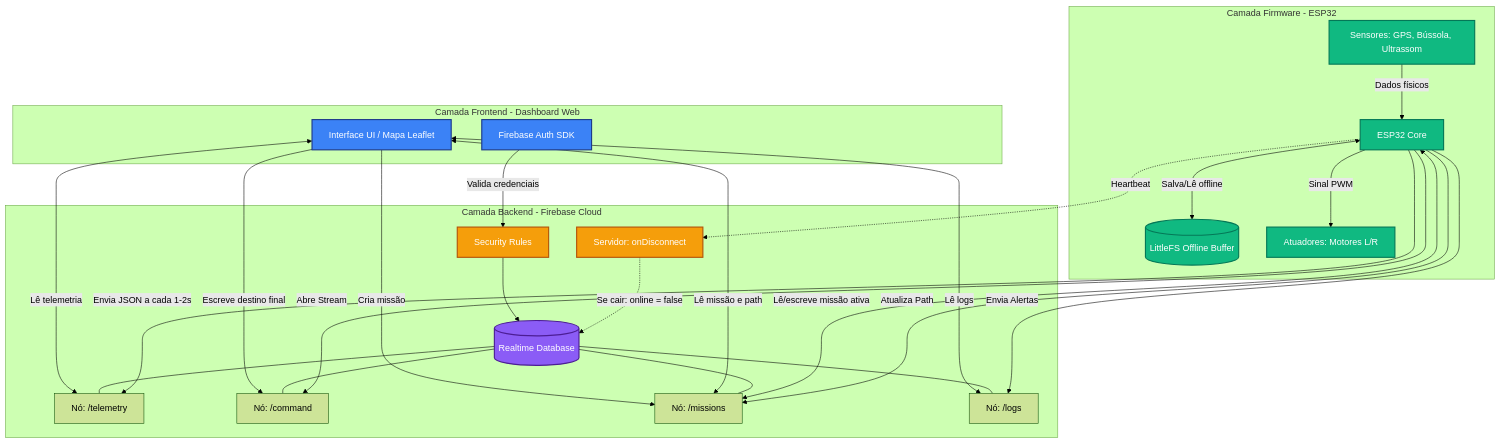
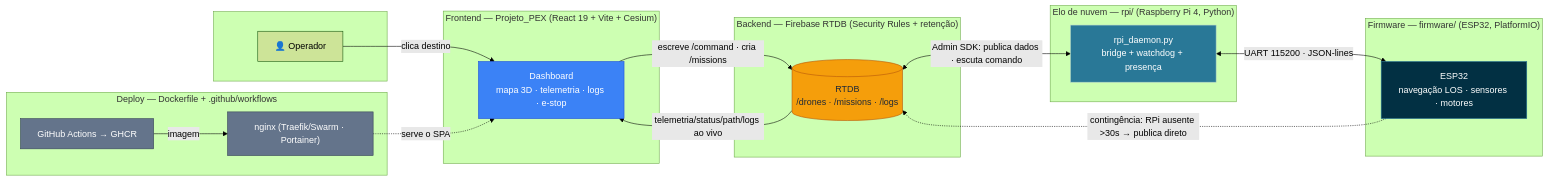
One commit to Vandrekad/aruatech changed the diagram in README.md. Above: the diagram before and after it, drawn with Mermaid (forest theme). The commit also changed other lines of this file and 27 other files, not shown here.

Commit message:
feat: add firmware modules, Raspberry Pi daemon service, and Project PEX infrastructure

````diff
--- a/README.md
+++ b/README.md
@@ -102,59 +69,43 @@
 ```mermaid
-graph TD
-    %% Estilização
-    classDef frontend fill:#3b82f6,stroke:#1e3a8a,stroke-width:2px,color:#fff;
-    classDef backend fill:#f59e0b,stroke:#b45309,stroke-width:2px,color:#fff;
-    classDef firmware fill:#10b981,stroke:#047857,stroke-width:2px,color:#fff;
-    classDef db fill:#8b5cf6,stroke:#4c1d95,stroke-width:2px,color:#fff;
-
-    subgraph Front [Camada Frontend - Dashboard Web]
-        UI[Interface UI / Mapa Leaflet]:::frontend
-        Auth[Firebase Auth SDK]:::frontend
+flowchart LR
+    subgraph OP[" "]
+        operador["👤 Operador"]
     end
 
-    subgraph Cloud [Camada Backend - Firebase Cloud]
-        RTDB[(Realtime Database)]:::db
-        Rules[Security Rules]:::backend
-        StatusServer[Servidor: onDisconnect]:::backend
-        
-        %% Nós do RTDB
-        node_tele[Nó: /telemetry]
-        node_cmd[Nó: /command]
-        node_miss[Nó: /missions]
-        node_log[Nó: /logs]
+    subgraph FE["Frontend — Projeto_PEX (React 19 + Vite + Cesium)"]
+        dash["Dashboard\nmapa 3D · telemetria · logs · e-stop"]
     end
 
-    subgraph Hard [Camada Firmware - ESP32]
-        ESP[ESP32 Core]:::firmware
-        LittleFS[(LittleFS Offline Buffer)]:::firmware
-        Sensors[Sensores: GPS, Bússola, Ultrassom]:::firmware
-        Motors[Atuadores: Motores L/R]:::firmware
+    subgraph CLOUD["Backend — Firebase RTDB (Security Rules + retenção)"]
+        rtdb[("RTDB\n/drones · /missions · /logs")]
     end
 
-    %% Conexões Frontend -> Cloud
-    Auth -->|Valida credenciais| Rules
-    UI -->|Escreve destino final| node_cmd
-    UI -->|Cria missão| node_miss
-    UI <-->|Lê telemetria| node_tele
-    UI <-->|Lê missão e path| node_miss
-    UI <-->|Lê logs| node_log
+    subgraph EDGE["Elo de nuvem — rpi/ (Raspberry Pi 4, Python)"]
+        daemon["rpi_daemon.py\nbridge + watchdog + presença"]
+    end
 
-    %% Organização interna Cloud
-    Rules --> RTDB
-    RTDB --- node_tele & node_cmd & node_miss & node_log
+    subgraph BOARD["Firmware — firmware/ (ESP32, PlatformIO)"]
+        esp["ESP32\nnavegação LOS · sensores · motores"]
+    end
 
-    %% Conexões Firmware -> Cloud
-    ESP -->|Envia JSON a cada 1-2s| node_tele
-    ESP -->|Abre Stream| node_cmd
-    ESP <-->|Lê/escreve missão ativa| node_miss
-    ESP -->|Atualiza Path| node_miss
-    ESP -->|Envia Alertas| node_log
-    ESP -.->|Heartbeat| StatusServer
-    
-    StatusServer -.->|Se cair: online = false| RTDB
+    operador -->|clica destino| dash
+    dash -->|escreve /command · cria /missions| rtdb
+    rtdb -->|telemetria/status/path/logs ao vivo| dash
+    rtdb <-->|Admin SDK: publica dados · escuta comando| daemon
+    daemon <-->|"UART 115200 · JSON-lines"| esp
+    esp -.->|"contingência: RPi ausente >30s → publica direto"| rtdb
 
-    %% Conexões internas Firmware
-    Sensors -->|Dados físicos| ESP
-    ESP <-->|Salva/Lê offline| LittleFS
-    ESP -->|Sinal PWM| Motors
+    subgraph DEPLOY["Deploy — Dockerfile + .github/workflows"]
+        ci["GitHub Actions → GHCR"]
+        nginx["nginx (Traefik/Swarm · Portainer)"]
+    end
+    ci -->|imagem| nginx
+    nginx -.->|serve o SPA| dash
+
+    classDef fw fill:#023043,stroke:#297897,color:#fff;
+    classDef edge fill:#297897,stroke:#B1D1C9,color:#fff;
+    classDef cloud fill:#f59e0b,stroke:#b45309,color:#1f2937;
+    classDef fe fill:#3b82f6,stroke:#1d4ed8,color:#fff;
+    classDef dep fill:#64748b,stroke:#334155,color:#fff;
+    class esp fw; class daemon edge; class rtdb cloud; class dash fe; class ci,nginx dep;
 ```
````
